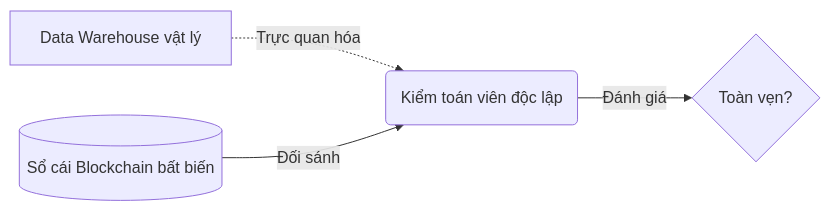
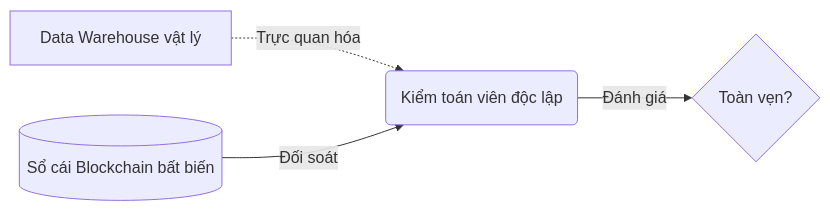
The first of 3 diagrams in TD01_blockchain.md (sonnntech/kma_hk2_pp_nc_attt), drawn with Mermaid before and after one commit. The commit also changed 2 other files, not shown here.

Commit message:
update code.

````diff
--- a/TD01_blockchain.md
+++ b/TD01_blockchain.md
@@ -14,6 +14,6 @@
 ```mermaid
 flowchart LR
     A[Data Warehouse vật lý] -.->|Trực quan hóa| B(Kiểm toán viên độc lập)
-    C[(Sổ cái Blockchain bất biến)] -->|Đối sánh| B
+    C[(Sổ cái Blockchain bất biến)] -->|Đối soát| B
     B -->|Đánh giá| D{Toàn vẹn?}
 ```
````
